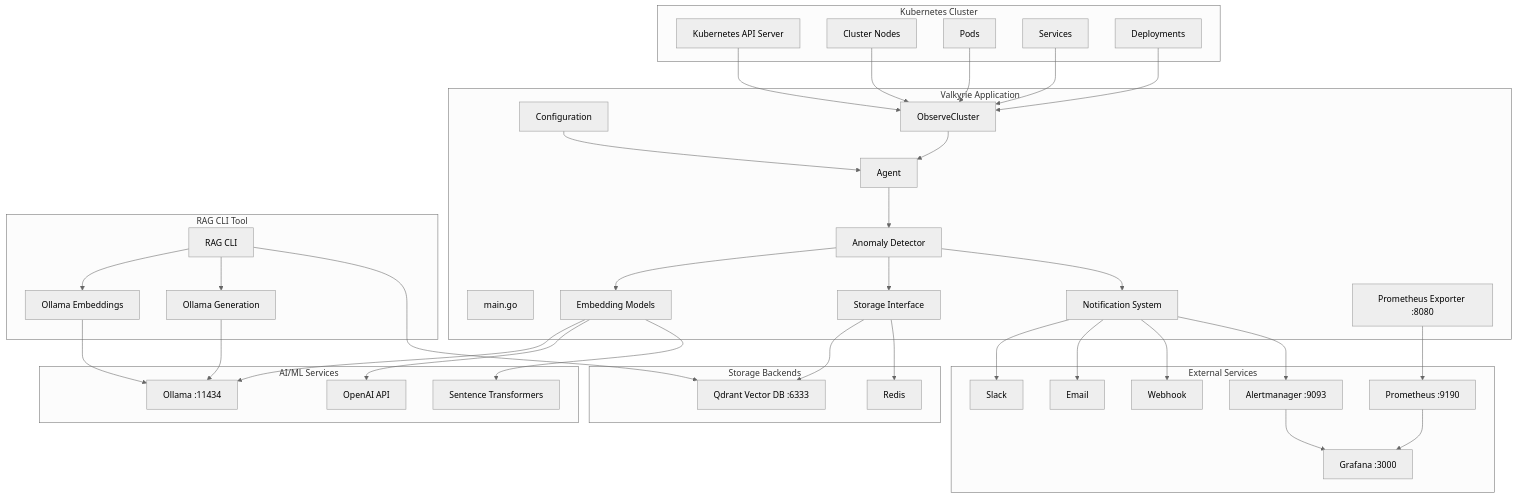
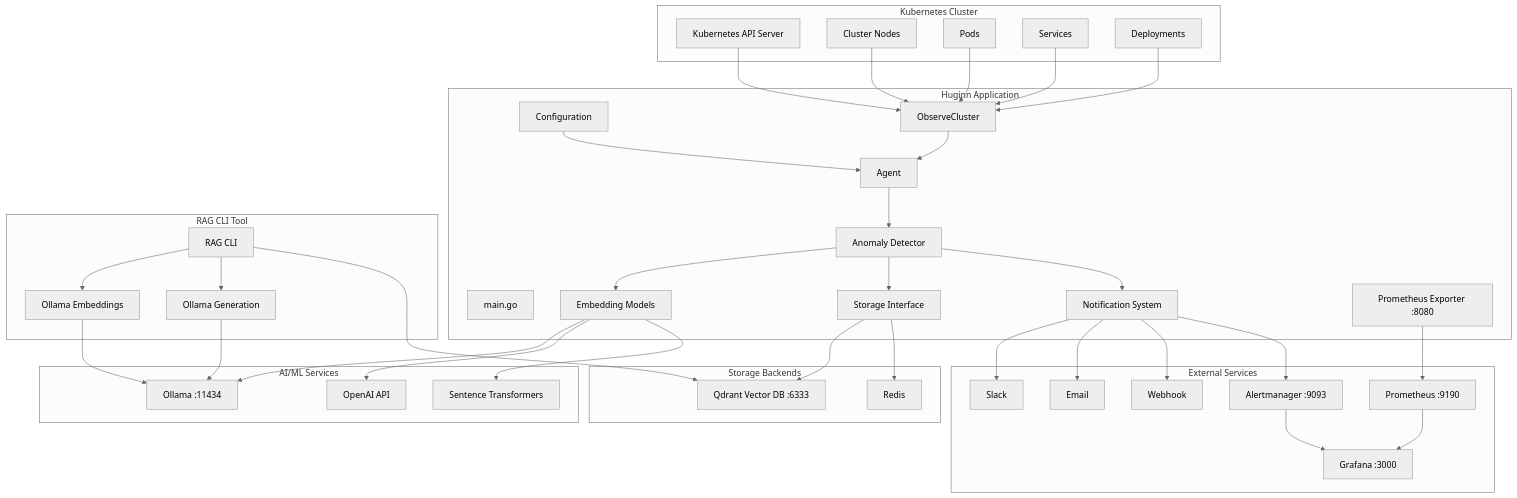
One commit to rodolfo-mora/huginn changed the diagram in ARCHITECTURE.md. Above: the diagram before and after it, drawn with Mermaid (neutral theme). The commit also changed other lines of this file and 26 other files, not shown here.

```diff
--- a/ARCHITECTURE.md
+++ b/ARCHITECTURE.md
@@ -38,7 +38,7 @@
     end
 
     %% Main Application
-    subgraph "Valkyrie Application"
+    subgraph "Huginn Application"
         MAIN[main.go]
         AGENT[Agent]
         CONFIG[Configuration]
```
